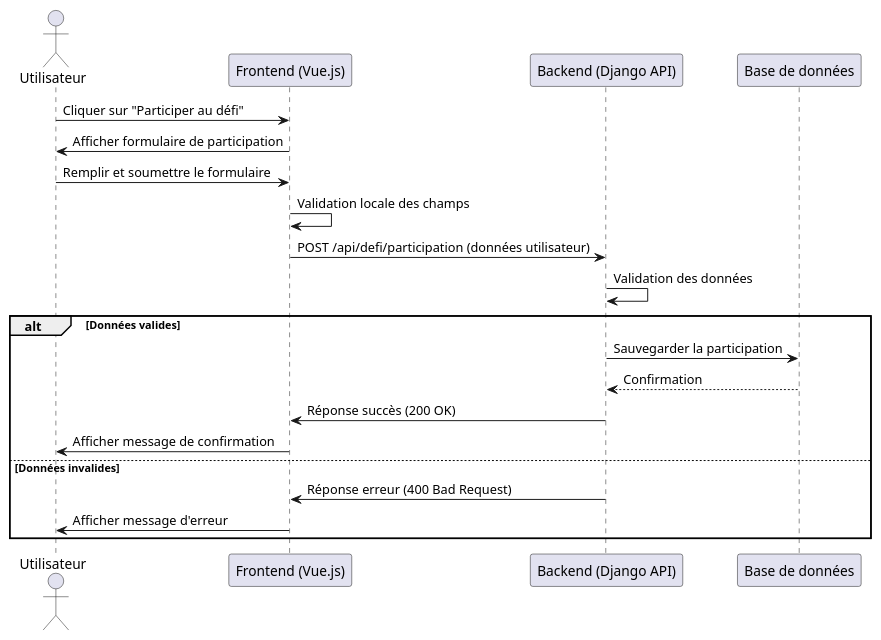
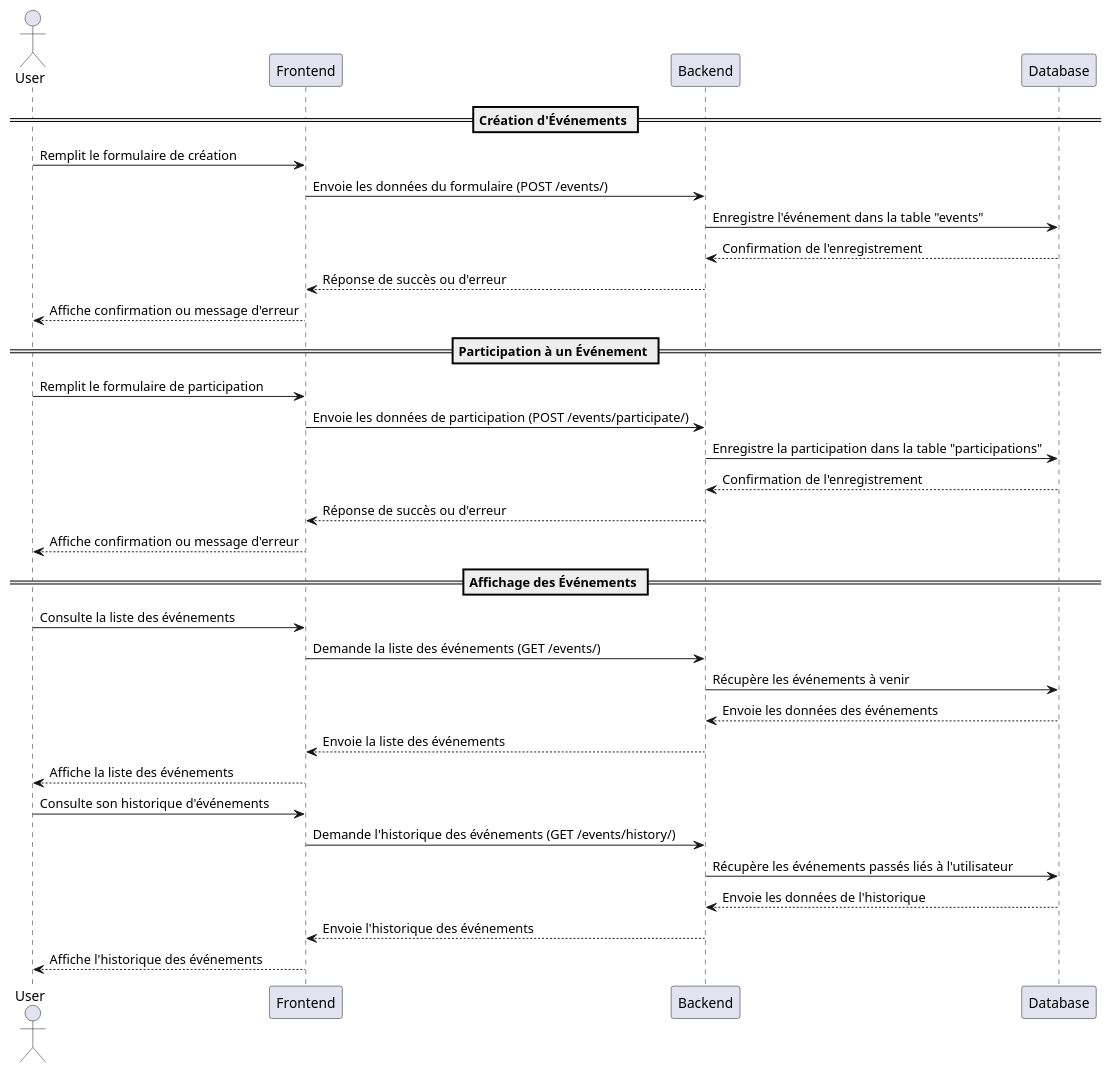
One commit to CleanUp-Heroes/FrontEnd-Vue changed the diagram in diag-seq-participation.puml. Above: the diagram before and after it, drawn with PlantUML. The commit also changed 11 other files, not shown here.

```diff
--- a/diag-seq-participation.puml
+++ b/diag-seq-participation.puml
@@ -1,22 +1,37 @@
-@startuml participation
-actor Utilisateur
-participant "Frontend (Vue.js)" as Frontend
-participant "Backend (Django API)" as Backend
-participant "Base de données" as Database
+@startuml t
+actor User
+participant Frontend
+participant Backend
+participant Database
 
-Utilisateur -> Frontend: Cliquer sur "Participer au défi"
-Frontend -> Utilisateur: Afficher formulaire de participation
-Utilisateur -> Frontend: Remplir et soumettre le formulaire
-Frontend -> Frontend: Validation locale des champs
-Frontend -> Backend: POST /api/defi/participation (données utilisateur)
-Backend -> Backend: Validation des données
-alt Données valides
-    Backend -> Database: Sauvegarder la participation
-    Database --> Backend: Confirmation
-    Backend -> Frontend: Réponse succès (200 OK)
-    Frontend -> Utilisateur: Afficher message de confirmation
-else Données invalides
-    Backend -> Frontend: Réponse erreur (400 Bad Request)
-    Frontend -> Utilisateur: Afficher message d'erreur
-end
+== Création d'Événements ==
+User -> Frontend: Remplit le formulaire de création
+Frontend -> Backend: Envoie les données du formulaire (POST /events/)
+Backend -> Database: Enregistre l'événement dans la table "events"
+Database --> Backend: Confirmation de l'enregistrement
+Backend --> Frontend: Réponse de succès ou d'erreur
+Frontend --> User: Affiche confirmation ou message d'erreur
+
+== Participation à un Événement ==
+User -> Frontend: Remplit le formulaire de participation
+Frontend -> Backend: Envoie les données de participation (POST /events/participate/)
+Backend -> Database: Enregistre la participation dans la table "participations"
+Database --> Backend: Confirmation de l'enregistrement
+Backend --> Frontend: Réponse de succès ou d'erreur
+Frontend --> User: Affiche confirmation ou message d'erreur
+
+== Affichage des Événements ==
+User -> Frontend: Consulte la liste des événements
+Frontend -> Backend: Demande la liste des événements (GET /events/)
+Backend -> Database: Récupère les événements à venir
+Database --> Backend: Envoie les données des événements
+Backend --> Frontend: Envoie la liste des événements
+Frontend --> User: Affiche la liste des événements
+
+User -> Frontend: Consulte son historique d'événements
+Frontend -> Backend: Demande l'historique des événements (GET /events/history/)
+Backend -> Database: Récupère les événements passés liés à l'utilisateur
+Database --> Backend: Envoie les données de l'historique
+Backend --> Frontend: Envoie l'historique des événements
+Frontend --> User: Affiche l'historique des événements
 @enduml
```
